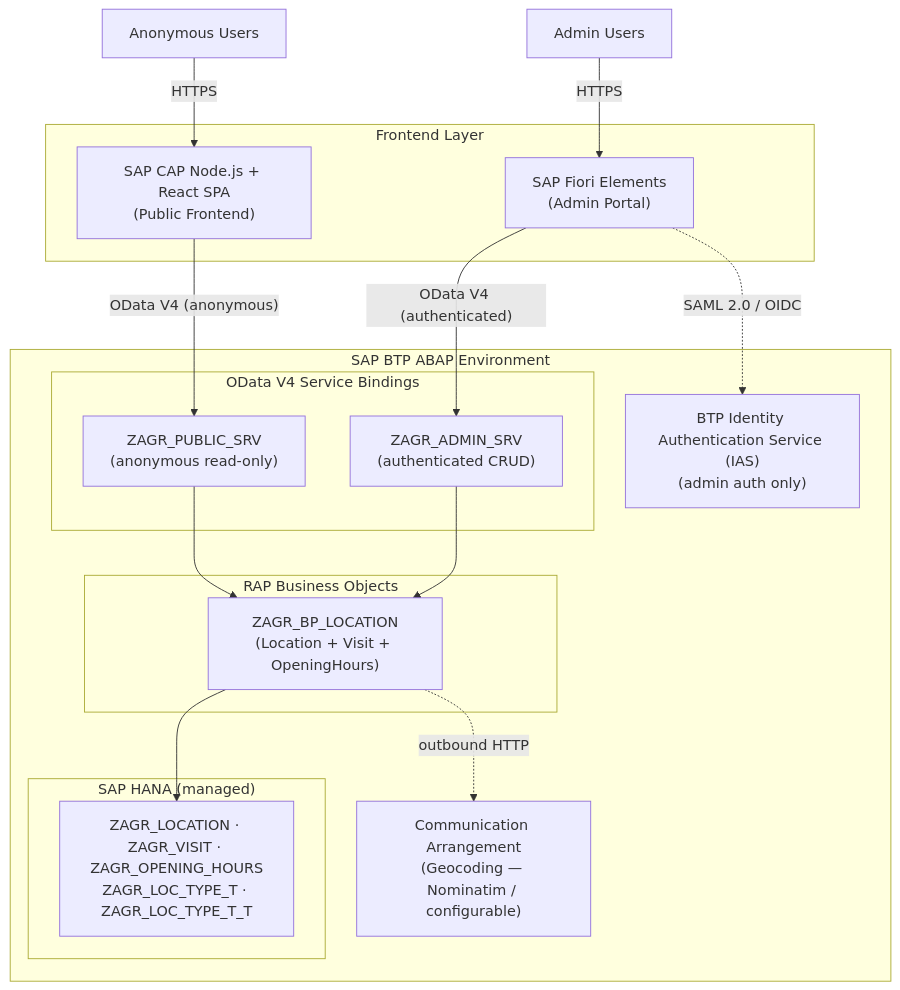
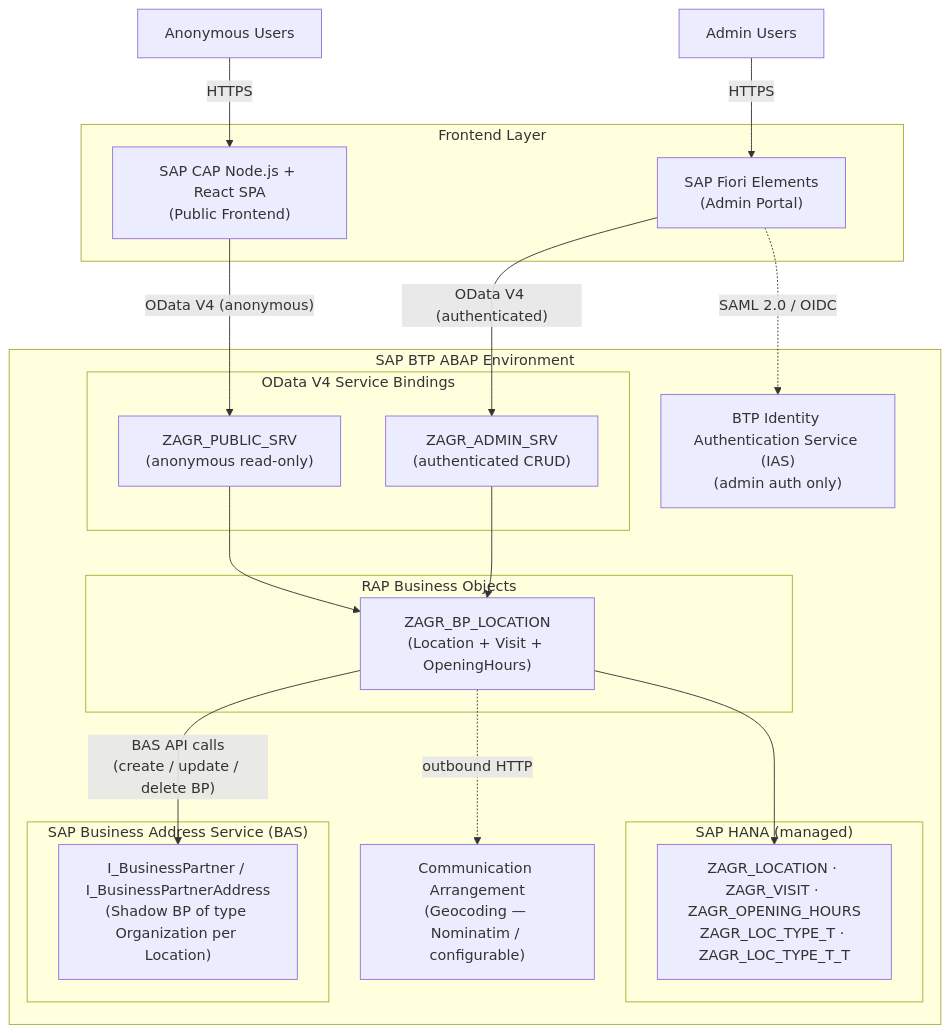
One commit to Friedmacher/agora changed the first of 2 diagrams in ARCHITECTURE.md. Above: the diagram before and after it, drawn with Mermaid. The commit also changed other lines of this file and 3 other files, not shown here.

Commit message:
Update: Change to Business Address Service

````diff
--- a/ARCHITECTURE.md
+++ b/ARCHITECTURE.md
@@ -22,40 +22,45 @@
 ```mermaid
 graph TD
     ADMIN_USR["Admin Users"]
     ANON_USR["Anonymous Users"]
 
     subgraph Frontend["Frontend Layer"]
         FE_ADMIN["SAP Fiori Elements<br/>(Admin Portal)"]
         FE_ANON["SAP CAP Node.js + React SPA<br/>(Public Frontend)"]
     end
 
     subgraph BTP_ABAP["SAP BTP ABAP Environment"]
         subgraph Services["OData V4 Service Bindings"]
             ADM_SRV["ZAGR_ADMIN_SRV<br/>(authenticated CRUD)"]
             PUB_SRV["ZAGR_PUBLIC_SRV<br/>(anonymous read-only)"]
         end
 
         subgraph RAP["RAP Business Objects"]
             BP_LOC["ZAGR_BP_LOCATION<br/>(Location + Visit + OpeningHours)"]
         end
 
         subgraph HANA["SAP HANA (managed)"]
             TABLES["ZAGR_LOCATION · ZAGR_VISIT · ZAGR_OPENING_HOURS<br/>ZAGR_LOC_TYPE_T · ZAGR_LOC_TYPE_T_T"]
         end
 
+        subgraph BAS_LAYER["SAP Business Address Service (BAS)"]
+            BAS_BP["I_BusinessPartner / I_BusinessPartnerAddress<br/>(Shadow BP of type Organization per Location)"]
+        end
+
         GEO["Communication Arrangement<br/>(Geocoding — Nominatim / configurable)"]
         IAS["BTP Identity Authentication Service (IAS)<br/>(admin auth only)"]
     end
 
     ADMIN_USR -->|HTTPS| FE_ADMIN
     ANON_USR -->|HTTPS| FE_ANON
 
     FE_ADMIN -->|"OData V4 (authenticated)"| ADM_SRV
     FE_ANON -->|"OData V4 (anonymous)"| PUB_SRV
 
     ADM_SRV --> BP_LOC
     PUB_SRV --> BP_LOC
     BP_LOC --> TABLES
+    BP_LOC -->|"BAS API calls<br/>(create / update / delete BP)"| BAS_BP
     BP_LOC -.->|outbound HTTP| GEO
     FE_ADMIN -.->|"SAML 2.0 / OIDC"| IAS
 ```
````
